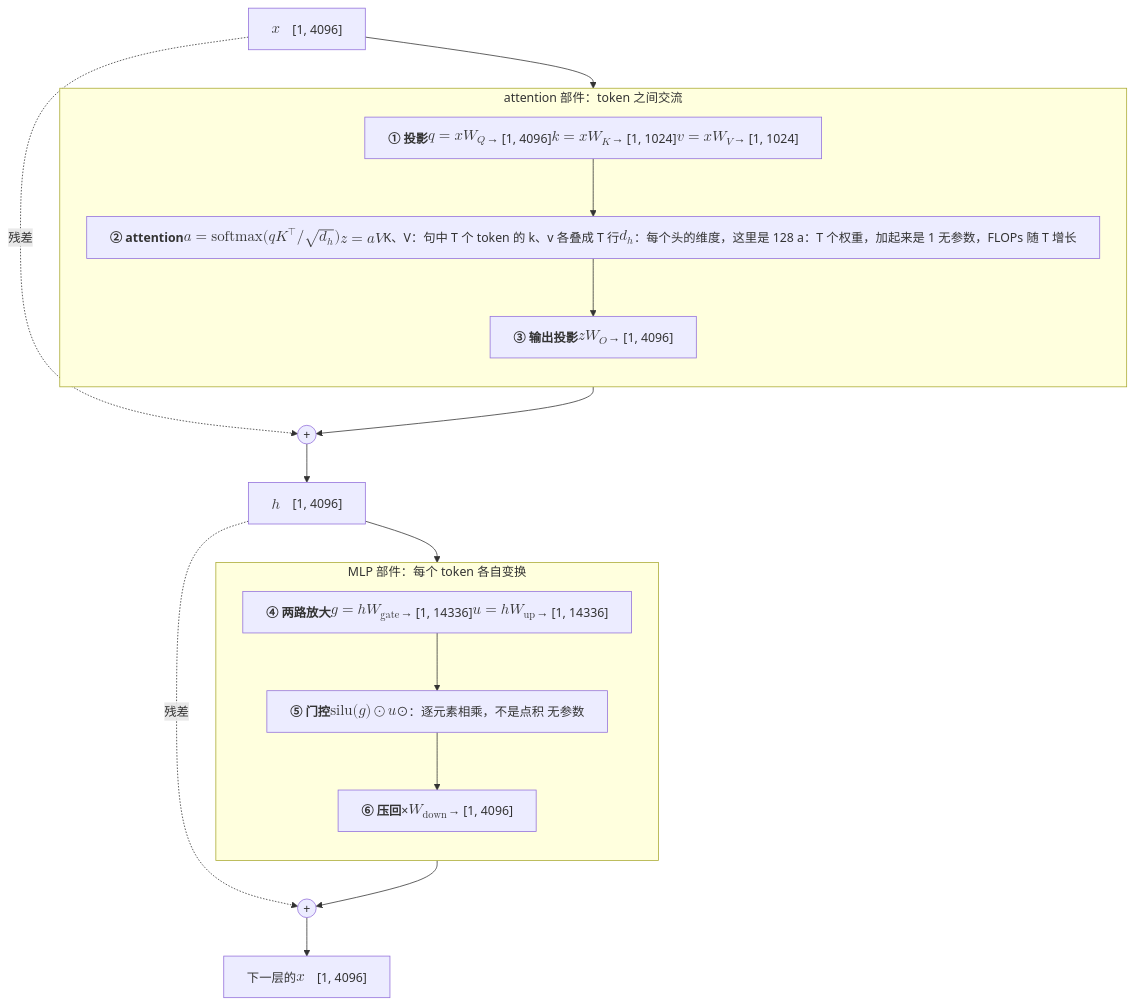
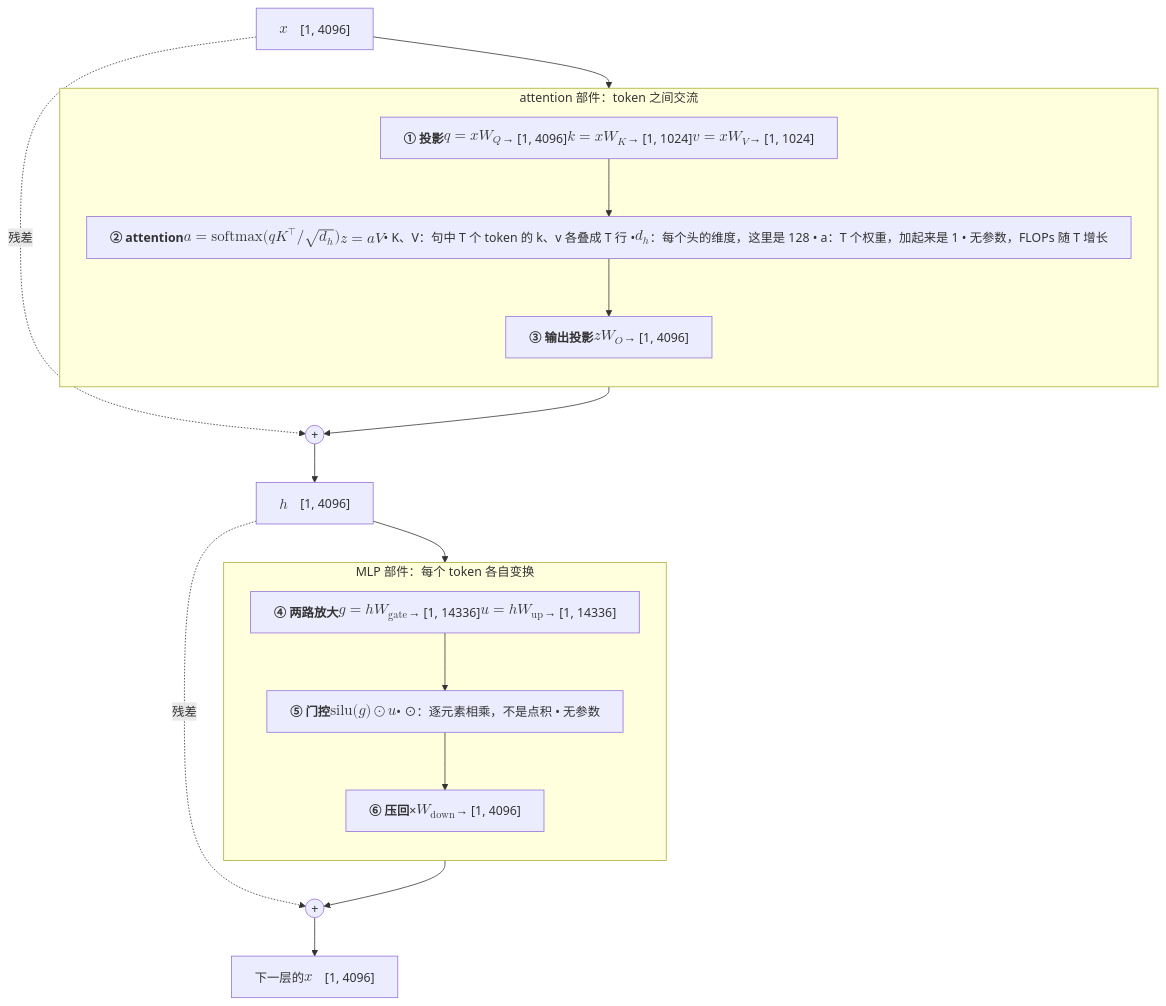
The diagram in _posts/2026-01-08-vectors-matrices-shapes-and-flops.md (arganzheng/arganzheng.github.com), drawn with Mermaid before and after one commit. The commit also changed 5 other files, not shown here.

First line of the commit message:
Mermaid 方框支持「公式在前、说明列表在后」：说明列表左对齐、缩小一号

````diff
--- a/_posts/2026-01-08-vectors-matrices-shapes-and-flops.md
+++ b/_posts/2026-01-08-vectors-matrices-shapes-and-flops.md
@@ -323,26 +323,26 @@
 ```mermaid
-%%{init: {"flowchart": {"wrappingWidth": 250}}}%%
+%%{init: {"flowchart": {"wrappingWidth": 310}}}%%
 %% 图：一个 Transformer 层的七个权重矩阵：attention 部件四个、MLP 部件三个，以 Llama-3-8B 的形状标注
 flowchart TB
     X["$$x$$　[1, 4096]"]
     subgraph ATTN["attention 部件：token 之间交流"]
         direction TB
         P["<b>① 投影</b><br/>$$q = x W_Q$$ → [1, 4096]<br/>$$k = x W_K$$ → [1, 1024]<br/>$$v = x W_V$$ → [1, 1024]"]
-        A["<b>② attention</b><br/>$$a = \text{softmax}(q K^\top / \sqrt{d_h})$$<br/>$$z = a V$$<br/>K、V：句中 T 个 token 的 k、v 各叠成 T 行<br/>$$d_h$$：每个头的维度，这里是 128<br/>a：T 个权重，加起来是 1<br/>无参数，FLOPs 随 T 增长"]
+        A["<b>② attention</b><br/>$$a = \text{softmax}(q K^\top / \sqrt{d_h})$$<br/>$$z = a V$$<br/>• K、V：句中 T 个 token 的 k、v 各叠成 T 行<br/>• $$d_h$$：每个头的维度，这里是 128<br/>• a：T 个权重，加起来是 1<br/>• 无参数，FLOPs 随 T 增长"]
         O["<b>③ 输出投影</b><br/>$$z W_O$$ → [1, 4096]"]
         P --> A --> O
     end
     subgraph MLP["MLP 部件：每个 token 各自变换"]
         direction TB
         G["<b>④ 两路放大</b><br/>$$g = h W_{\text{gate}}$$ → [1, 14336]<br/>$$u = h W_{\text{up}}$$ → [1, 14336]"]
-        S["<b>⑤ 门控</b><br/>$$\text{silu}(g) \odot u$$<br/>⊙：逐元素相乘，不是点积<br/>无参数"]
+        S["<b>⑤ 门控</b><br/>$$\text{silu}(g) \odot u$$<br/>• ⊙：逐元素相乘，不是点积<br/>• 无参数"]
         D["<b>⑥ 压回</b><br/>× $$W_{\text{down}}$$ → [1, 4096]"]
         G --> S --> D
     end
     X --> P
     O --> ADD1(("+")) --> H["$$h$$　[1, 4096]"]
     X -. 残差 .-> ADD1
     H --> G
     D --> ADD2(("+")) --> Y["下一层的 $$x$$　[1, 4096]"]
     H -. 残差 .-> ADD2
 ```
````
